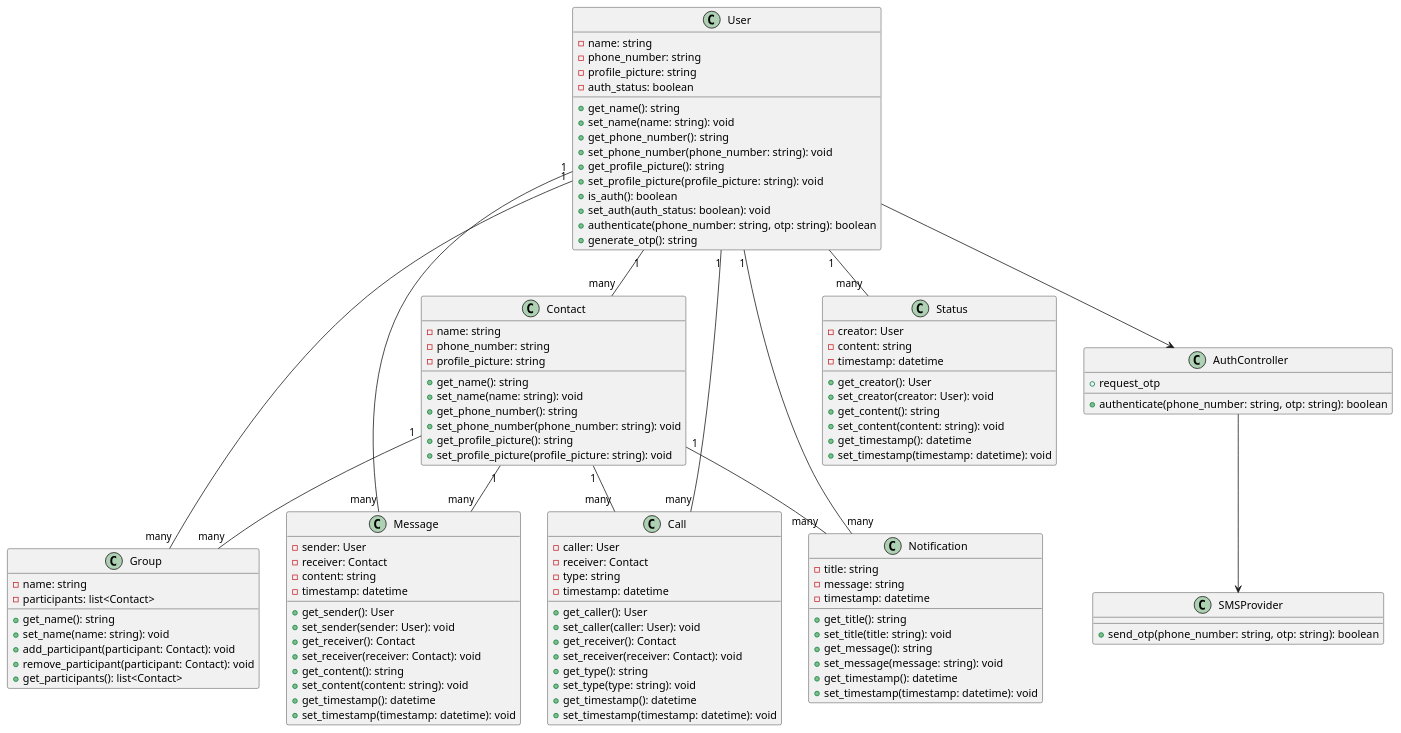
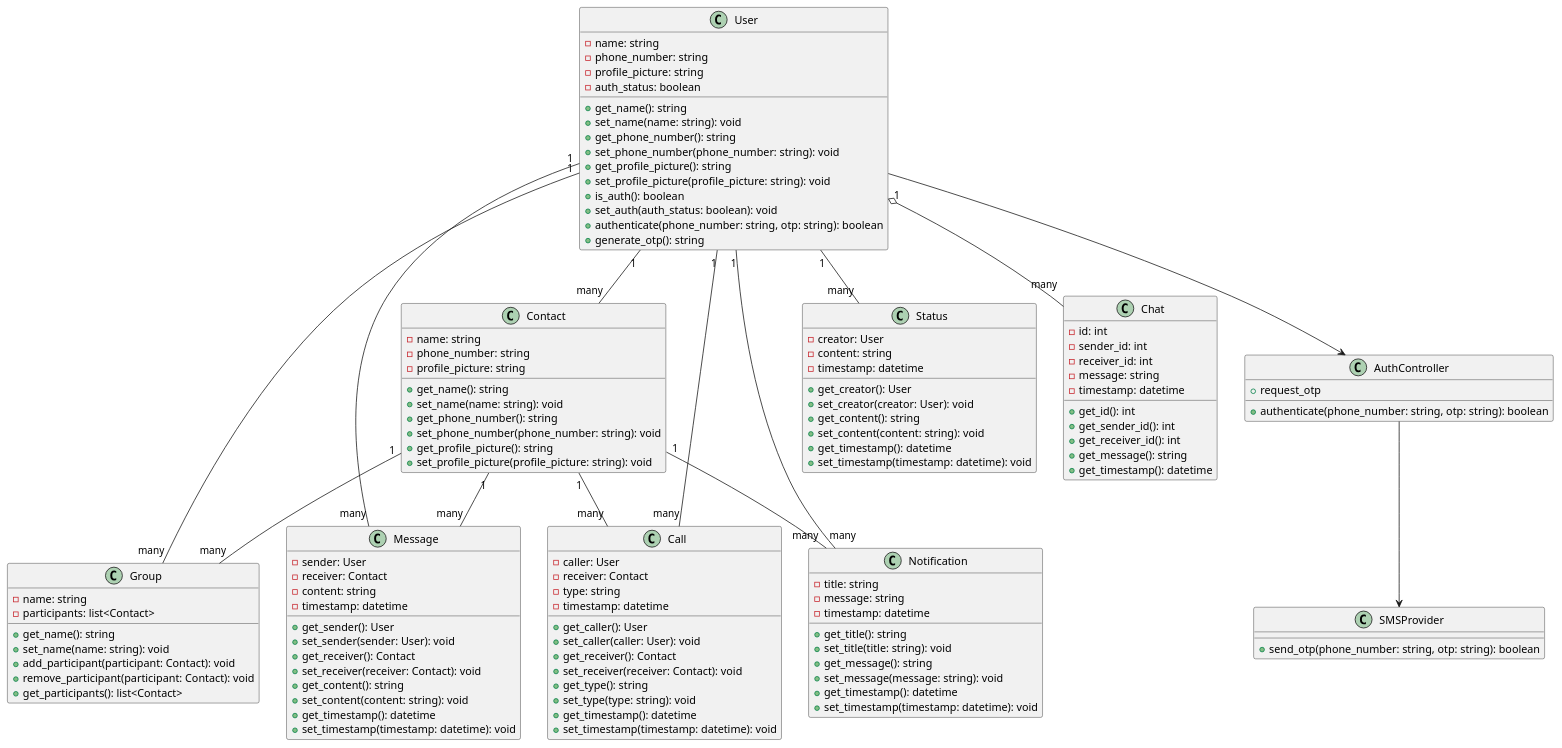
Before and after one commit to fikiap23/chatbro: the diagram in jawaban_job_interview.md, drawn with PlantUML. The commit also changed 1 other file, not shown here.

````diff
--- a/jawaban_job_interview.md
+++ b/jawaban_job_interview.md
@@ -394,6 +394,19 @@
     + set_timestamp(timestamp: datetime): void
 }
 
+class Chat {
+    -id: int
+    -sender_id: int
+    -receiver_id: int
+    -message: string
+    -timestamp: datetime
+    +get_id(): int
+    +get_sender_id(): int
+    +get_receiver_id(): int
+    +get_message(): string
+    +get_timestamp(): datetime
+}
+
 User "1" -- "many" Contact
 User "1" -- "many" Group
 Contact "1" -- "many" Group
@@ -404,6 +417,7 @@
 User "1" -- "many" Notification
 Contact "1" -- "many" Notification
 User "1" -- "many" Status
+User "1" o-- "many" Chat
 
 User --> AuthController
 
@@ -420,10 +434,5 @@
 
 @enduml
 
-File -- Chat
-File -- Group
-File -- Call
-
-@enduml
 
 ```
````
